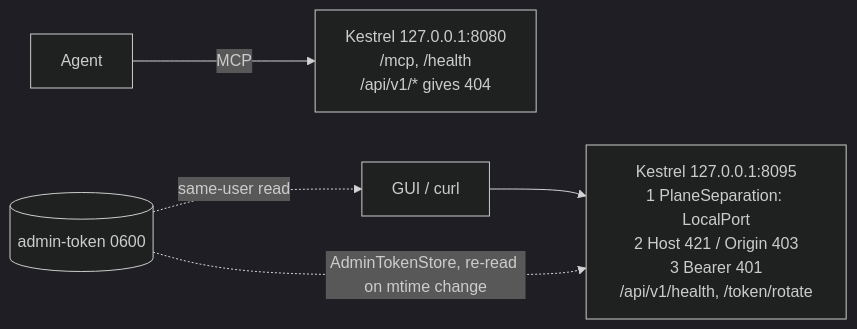
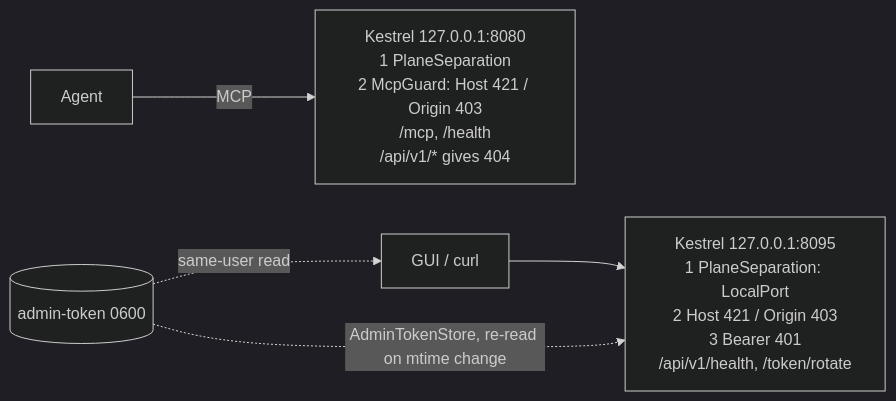
The fifth of 9 diagrams in docs/ARCHITECTURE.md (Timothy-Lee-Grant/Tool_Box), drawn with Mermaid (dark theme) before and after one commit. The commit also changed other lines of this file and 7 other files, not shown here.

Commit message:
Enforce Host/Origin guard on the MCP socket, migrate compose, add ADR-021 (Closes #66)

````diff
--- a/docs/ARCHITECTURE.md
+++ b/docs/ARCHITECTURE.md
@@ -152,7 +152,7 @@
 ```mermaid
 flowchart LR
-  A[Agent] -->|MCP| M["Kestrel 127.0.0.1:8080<br/>/mcp, /health<br/>/api/v1/* gives 404"]
+  A[Agent] -->|MCP| M["Kestrel 127.0.0.1:8080<br/>1 PlaneSeparation<br/>2 McpGuard: Host 421 / Origin 403<br/>/mcp, /health<br/>/api/v1/* gives 404"]
   G[GUI / curl] --> AD["Kestrel 127.0.0.1:8095<br/>1 PlaneSeparation: LocalPort<br/>2 Host 421 / Origin 403<br/>3 Bearer 401<br/>/api/v1/health, /token/rotate"]
   TS[("admin-token 0600")] -.AdminTokenStore, re-read on mtime change.-> AD
   TS -.same-user read.-> G
 ```
````
